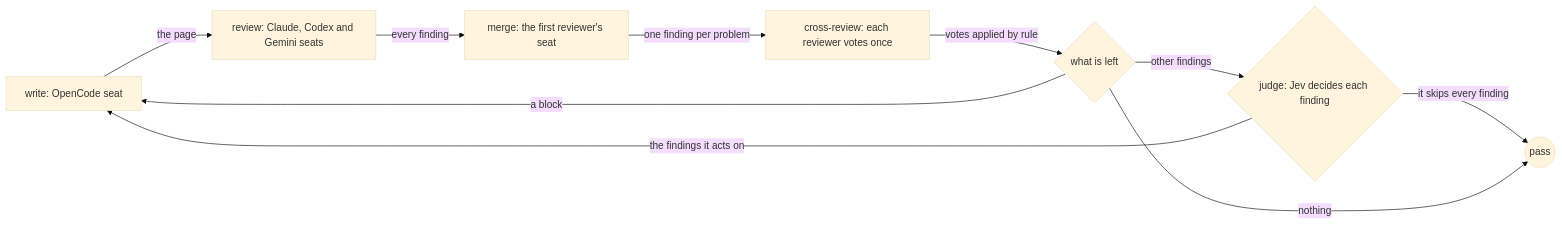
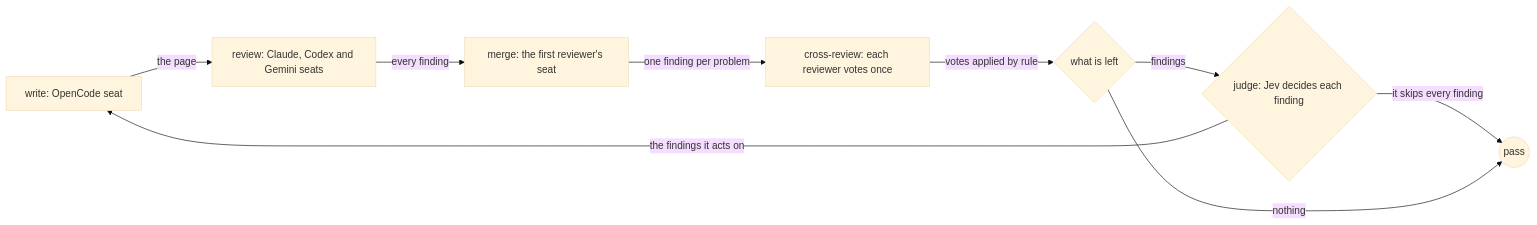
The first of 2 diagrams in docs/public/patterns/review-panel.mdx (jonny981/obversa), drawn with Mermaid (base theme) before and after one commit. The commit also changed other lines of this file and 35 other files, not shown here.

````diff
--- a/docs/public/patterns/review-panel.mdx
+++ b/docs/public/patterns/review-panel.mdx
@@ -21,12 +21,11 @@
 ```mermaid
 flowchart LR
   write["write: OpenCode seat"] -->|the page| review["review: Claude, Codex and Gemini seats"]
   review -->|every finding| merge["merge: the first reviewer's seat"]
   merge -->|one finding per problem| cross["cross-review: each reviewer votes once"]
   cross -->|votes applied by rule| left{"what is left"}
-  left -->|a block| write
-  left -->|other findings| judge{"judge: Jev decides each finding"}
+  left -->|findings| judge{"judge: Jev decides each finding"}
   judge -->|the findings it acts on| write
   judge -->|it skips every finding| done((pass))
   left -->|nothing| done
 ```
````
